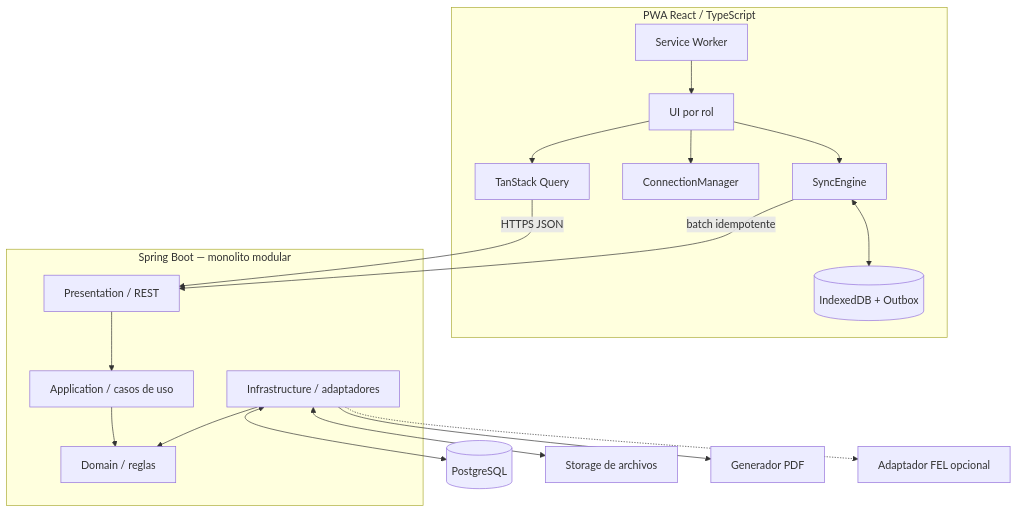
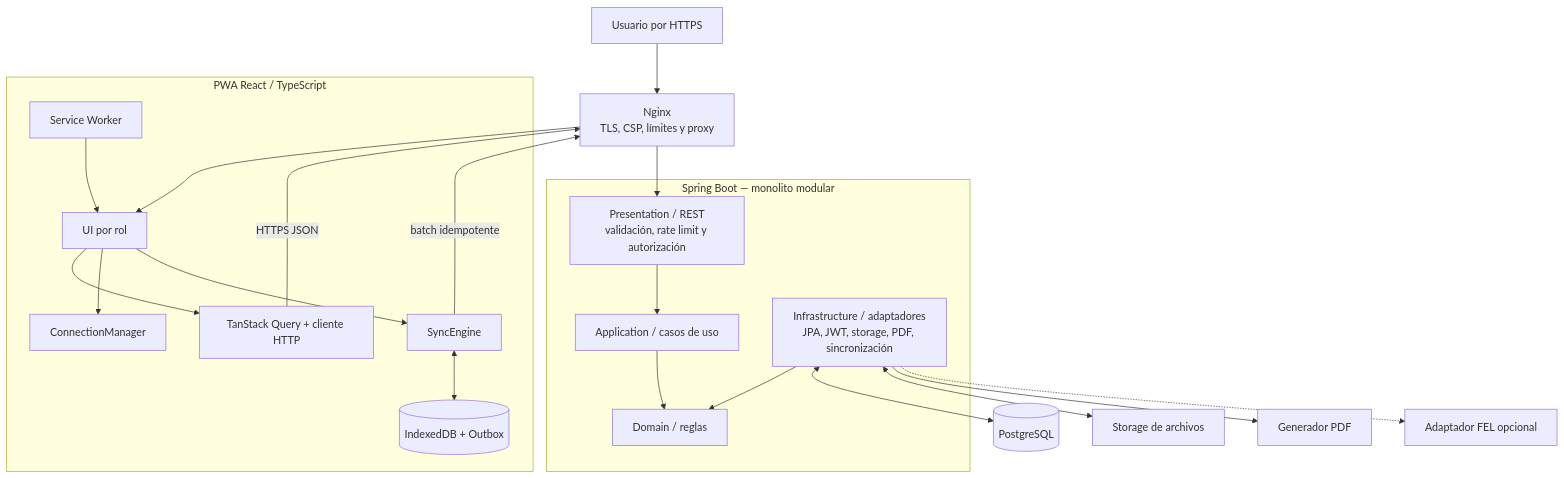
The diagram in diagrams/architecture/system-architecture.mmd (mchiroyl/purified-water-management), drawn with Mermaid before and after one commit. The commit also changed 7 other files, not shown here.

Commit message:
docs: synchronize architecture and data diagrams

```diff
--- a/diagrams/architecture/system-architecture.mmd
+++ b/diagrams/architecture/system-architecture.mmd
@@ -1,35 +1,39 @@
 flowchart TB
+    Internet["Usuario por HTTPS"]
+    Nginx["Nginx\nTLS, CSP, límites y proxy"]
     subgraph Client["PWA React / TypeScript"]
         UI["UI por rol"]
-        Query["TanStack Query"]
+        Query["TanStack Query + cliente HTTP"]
         Connection["ConnectionManager"]
         Sync["SyncEngine"]
         SW["Service Worker"]
         IDB[("IndexedDB + Outbox")]
         UI --> Query
         UI --> Connection
         UI --> Sync
         Sync <--> IDB
         SW --> UI
     end
 
     subgraph Backend["Spring Boot — monolito modular"]
-        REST["Presentation / REST"]
+        REST["Presentation / REST\nvalidación, rate limit y autorización"]
         APP["Application / casos de uso"]
         DOMAIN["Domain / reglas"]
-        INFRA["Infrastructure / adaptadores"]
+        INFRA["Infrastructure / adaptadores\nJPA, JWT, storage, PDF, sincronización"]
         REST --> APP --> DOMAIN
         INFRA --> DOMAIN
     end
 
     PG[("PostgreSQL")]
     Files["Storage de archivos"]
     PDF["Generador PDF"]
     FEL["Adaptador FEL opcional"]
 
-    Query -->|HTTPS JSON| REST
-    Sync -->|batch idempotente| REST
+    Internet --> Nginx --> UI
+    Query -->|HTTPS JSON| Nginx
+    Sync -->|batch idempotente| Nginx
+    Nginx --> REST
     INFRA <--> PG
     INFRA <--> Files
     INFRA --> PDF
     INFRA -.-> FEL
```
